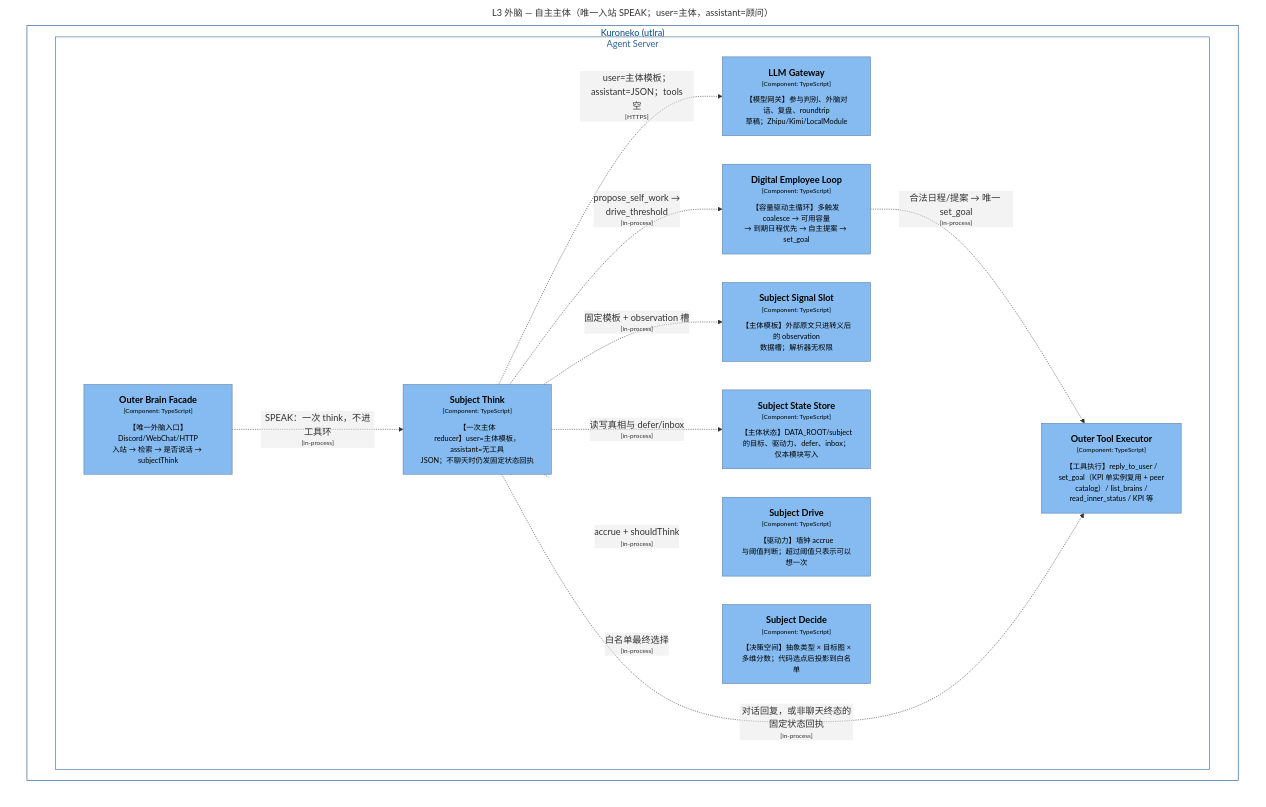
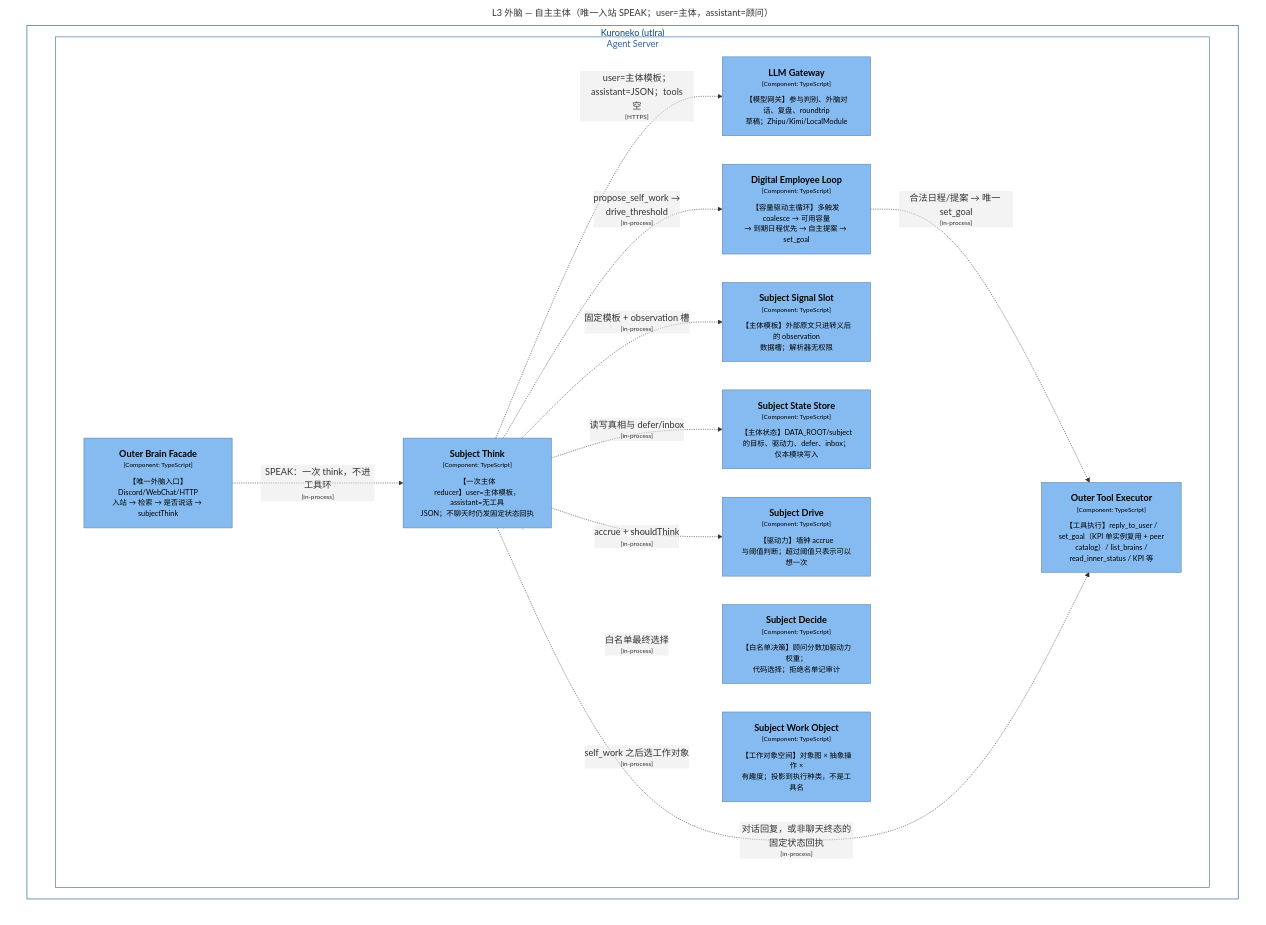
One commit to shinjiyu/amadues changed the diagram in doc/structurizr/structurizr-15-L3-Outer-Subject.mmd. Above: the diagram before and after it, drawn with Mermaid. The commit also changed 18 other files, not shown here.

First line of the commit message:
feat(subject): keep a work-object space after self_work

```diff
--- a/doc/structurizr/structurizr-15-L3-Outer-Subject.mmd
+++ b/doc/structurizr/structurizr-15-L3-Outer-Subject.mmd
@@ -1,45 +1,48 @@
 graph TB
   linkStyle default fill:#ffffff
 
   subgraph diagram ["L3 外脑 — 自主主体（唯一入站 SPEAK；user=主体，assistant=顾问）"]
     style diagram fill:#ffffff,stroke:#ffffff
 
     subgraph 11 ["Kuroneko (utlra)"]
       style 11 fill:#ffffff,stroke:#0b4884,color:#0b4884
 
       subgraph 15 ["Agent Server"]
         style 15 fill:#ffffff,stroke:#2e6295,color:#2e6295
 
         18["<div style='font-weight: bold'>Outer Brain Facade</div><div style='font-size: 70%; margin-top: 0px'>[Component: TypeScript]</div><div style='font-size: 80%; margin-top:10px'>【唯一外脑入口】Discord/WebChat/HTTP<br />入站 → 检索 → 是否说话 → subjectThink</div>"]
         style 18 fill:#85bbf0,stroke:#5d82a8,color:#000000
         25["<div style='font-weight: bold'>Outer Tool Executor</div><div style='font-size: 70%; margin-top: 0px'>[Component: TypeScript]</div><div style='font-size: 80%; margin-top:10px'>【工具执行】reply_to_user /<br />set_goal（KPI 单实例复用 + peer<br />catalog）/ list_brains /<br />read_inner_status / KPI 等</div>"]
         style 25 fill:#85bbf0,stroke:#5d82a8,color:#000000
         26["<div style='font-weight: bold'>LLM Gateway</div><div style='font-size: 70%; margin-top: 0px'>[Component: TypeScript]</div><div style='font-size: 80%; margin-top:10px'>【模型网关】参与判别、外脑对话、复盘、roundtrip<br />草稿；Zhipu/Kimi/LocalModule</div>"]
         style 26 fill:#85bbf0,stroke:#5d82a8,color:#000000
         49["<div style='font-weight: bold'>Digital Employee Loop</div><div style='font-size: 70%; margin-top: 0px'>[Component: TypeScript]</div><div style='font-size: 80%; margin-top:10px'>【容量驱动主循环】多触发 coalesce → 可用容量<br />→ 到期日程优先 → 自主提案 → set_goal</div>"]
         style 49 fill:#85bbf0,stroke:#5d82a8,color:#000000
         75["<div style='font-weight: bold'>Subject Signal Slot</div><div style='font-size: 70%; margin-top: 0px'>[Component: TypeScript]</div><div style='font-size: 80%; margin-top:10px'>【主体模板】外部原文只进转义后的 observation<br />数据槽；解析器无权限</div>"]
         style 75 fill:#85bbf0,stroke:#5d82a8,color:#000000
         76["<div style='font-weight: bold'>Subject State Store</div><div style='font-size: 70%; margin-top: 0px'>[Component: TypeScript]</div><div style='font-size: 80%; margin-top:10px'>【主体状态】DATA_ROOT/subject<br />的目标、驱动力、defer、inbox；仅本模块写入</div>"]
         style 76 fill:#85bbf0,stroke:#5d82a8,color:#000000
         77["<div style='font-weight: bold'>Subject Drive</div><div style='font-size: 70%; margin-top: 0px'>[Component: TypeScript]</div><div style='font-size: 80%; margin-top:10px'>【驱动力】墙钟 accrue<br />与阈值判断；超过阈值只表示可以想一次</div>"]
         style 77 fill:#85bbf0,stroke:#5d82a8,color:#000000
-        78["<div style='font-weight: bold'>Subject Decide</div><div style='font-size: 70%; margin-top: 0px'>[Component: TypeScript]</div><div style='font-size: 80%; margin-top:10px'>【决策空间】抽象类型 × 目标图 ×<br />多维分数；代码选点后投影到白名单</div>"]
+        78["<div style='font-weight: bold'>Subject Decide</div><div style='font-size: 70%; margin-top: 0px'>[Component: TypeScript]</div><div style='font-size: 80%; margin-top:10px'>【白名单决策】顾问分数加驱动力权重；<br />代码选择；拒绝名单记审计</div>"]
         style 78 fill:#85bbf0,stroke:#5d82a8,color:#000000
+        80["<div style='font-weight: bold'>Subject Work Object</div><div style='font-size: 70%; margin-top: 0px'>[Component: TypeScript]</div><div style='font-size: 80%; margin-top:10px'>【工作对象空间】对象图 × 抽象操作 ×<br />有趣度；投影到执行种类，不是工具名</div>"]
+        style 80 fill:#85bbf0,stroke:#5d82a8,color:#000000
         79["<div style='font-weight: bold'>Subject Think</div><div style='font-size: 70%; margin-top: 0px'>[Component: TypeScript]</div><div style='font-size: 80%; margin-top:10px'>【一次主体<br />reducer】user=主体模板，assistant=无工具<br />JSON；不聊天时仍发固定状态回执</div>"]
         style 79 fill:#85bbf0,stroke:#5d82a8,color:#000000
       end
 
     end
 
     49-. "<div>合法日程/提案 → 唯一 set_goal</div><div style='font-size: 70%'>[in-process]</div>" .->25
     18-. "<div>SPEAK：一次 think，不进工具环</div><div style='font-size: 70%'>[in-process]</div>" .->79
     79-. "<div>固定模板 + observation 槽</div><div style='font-size: 70%'>[in-process]</div>" .->75
     79-. "<div>读写真相与 defer/inbox</div><div style='font-size: 70%'>[in-process]</div>" .->76
     79-. "<div>accrue + shouldThink</div><div style='font-size: 70%'>[in-process]</div>" .->77
     79-. "<div>白名单最终选择</div><div style='font-size: 70%'>[in-process]</div>" .->78
+    79-. "<div>self_work 之后选工作对象</div><div style='font-size: 70%'>[in-process]</div>" .->80
     79-. "<div>user=主体模板；assistant=JSON；tools<br />空</div><div style='font-size: 70%'>[HTTPS]</div>" .->26
     79-. "<div>对话回复，或非聊天终态的固定状态回执</div><div style='font-size: 70%'>[in-process]</div>" .->25
     79-. "<div>propose_self_work →<br />drive_threshold</div><div style='font-size: 70%'>[in-process]</div>" .->49
 
   end
```
